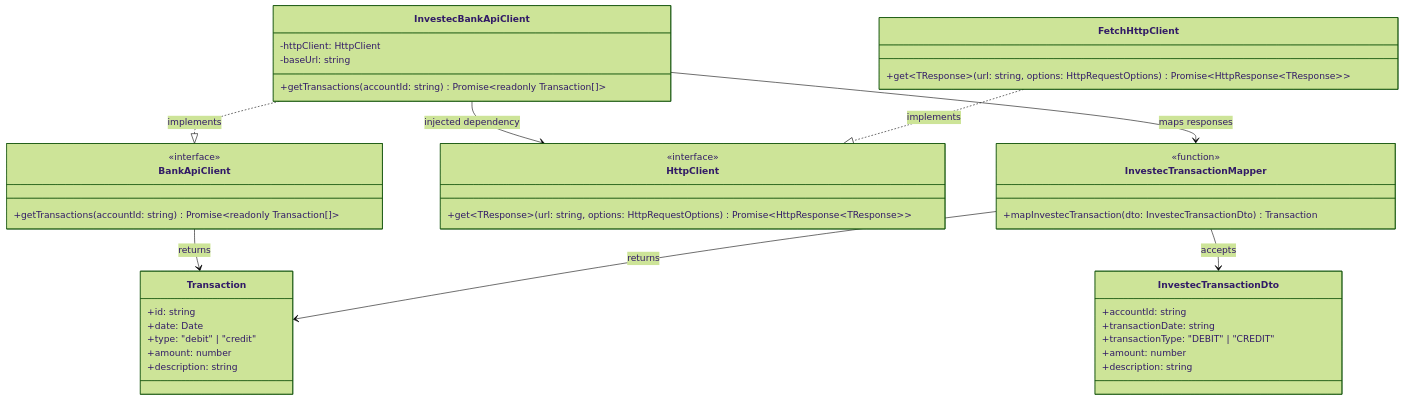
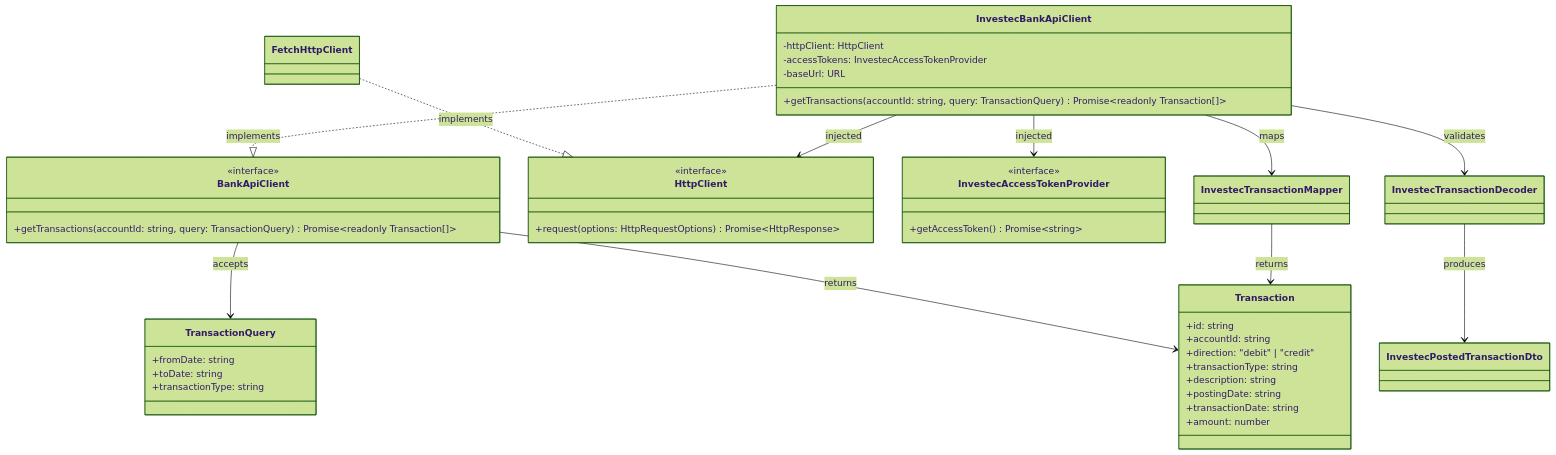
Before and after one commit to tjabane/tjabane.agent.tjhelete: the first of 2 diagrams in docs/spec/05_services-design.md, drawn with Mermaid (forest theme). The commit also changed other lines of this file, not shown here.

Commit message:
docs: refine Investec services design

````diff
--- a/docs/spec/05_services-design.md
+++ b/docs/spec/05_services-design.md
@@ -122,51 +422,58 @@
 ```mermaid
 classDiagram
     class BankApiClient {
         <<interface>>
-        +getTransactions(accountId: string) Promise~readonly Transaction[]~
+        +getTransactions(accountId: string, query: TransactionQuery) Promise~readonly Transaction[]~
+    }
+
+    class TransactionQuery {
+        +fromDate: string
+        +toDate: string
+        +transactionType: string
+    }
+
+    class Transaction {
+        +id: string
+        +accountId: string
+        +direction: "debit" | "credit"
+        +transactionType: string
+        +description: string
+        +postingDate: string
+        +transactionDate: string
+        +amount: number
     }
 
     class InvestecBankApiClient {
         -httpClient: HttpClient
-        -baseUrl: string
-        +getTransactions(accountId: string) Promise~readonly Transaction[]~
+        -accessTokens: InvestecAccessTokenProvider
+        -baseUrl: URL
+        +getTransactions(accountId: string, query: TransactionQuery) Promise~readonly Transaction[]~
     }
 
     class HttpClient {
         <<interface>>
-        +get~TResponse~(url: string, options: HttpRequestOptions) Promise~HttpResponse~TResponse~~
+        +request(options: HttpRequestOptions) Promise~HttpResponse~
     }
 
-    class FetchHttpClient {
-        +get~TResponse~(url: string, options: HttpRequestOptions) Promise~HttpResponse~TResponse~~
+    class FetchHttpClient
+
+    class InvestecAccessTokenProvider {
+        <<interface>>
+        +getAccessToken() Promise~string~
     }
 
-    class Transaction {
-        +id: string
-        +date: Date
-        +type: "debit" | "credit"
-        +amount: number
-        +description: string
-    }
-
-    class InvestecTransactionDto {
-        +accountId: string
-        +transactionDate: string
-        +transactionType: "DEBIT" | "CREDIT"
-        +amount: number
-        +description: string
-    }
-
-    class InvestecTransactionMapper {
-        <<function>>
-        +mapInvestecTransaction(dto: InvestecTransactionDto) Transaction
-    }
+    class InvestecPostedTransactionDto
+    class InvestecTransactionDecoder
+    class InvestecTransactionMapper
 
     InvestecBankApiClient ..|> BankApiClient : implements
     FetchHttpClient ..|> HttpClient : implements
-    InvestecBankApiClient --> HttpClient : injected dependency
-    InvestecBankApiClient --> InvestecTransactionMapper : maps responses
-    InvestecTransactionMapper --> InvestecTransactionDto : accepts
+    BankApiClient --> TransactionQuery : accepts
+    BankApiClient --> Transaction : returns
+    InvestecBankApiClient --> HttpClient : injected
+    InvestecBankApiClient --> InvestecAccessTokenProvider : injected
+    InvestecBankApiClient --> InvestecTransactionDecoder : validates
+    InvestecTransactionDecoder --> InvestecPostedTransactionDto : produces
+    InvestecBankApiClient --> InvestecTransactionMapper : maps
     InvestecTransactionMapper --> Transaction : returns
-    BankApiClient --> Transaction : returns
 ```
````
